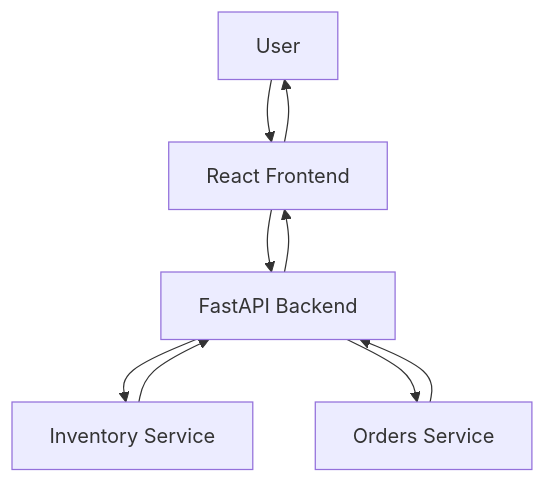
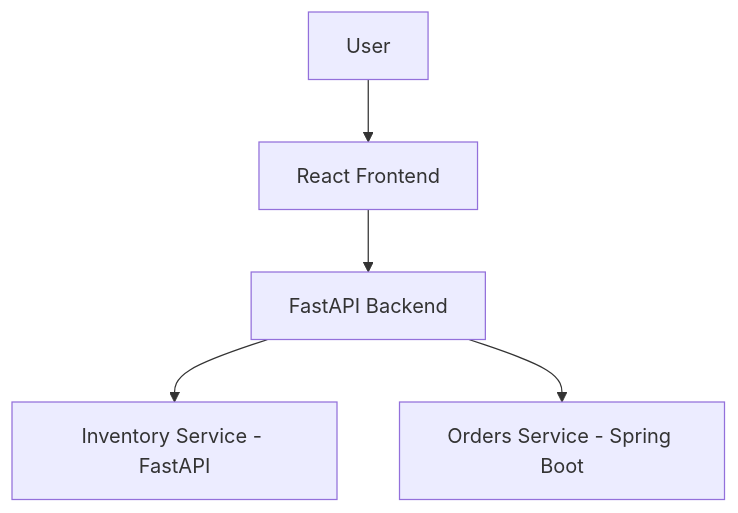
The first of 3 diagrams in README.md (kantamnenimanusha/cloudops-360), drawn with Mermaid before and after one commit. The commit also changed other lines of this file, not shown here.

````diff
--- a/README.md
+++ b/README.md
@@ -291,17 +181,13 @@
 ```mermaid
 flowchart TD
     USER["User"]
-    FRONT["React Frontend"]
-    API["FastAPI Backend"]
-    INV["Inventory Service"]
-    ORD["Orders Service"]
+    FE["React Frontend"]
+    BE["FastAPI Backend"]
+    INV["Inventory Service - FastAPI"]
+    ORD["Orders Service - Spring Boot"]
 
-    USER --> FRONT
-    FRONT --> API
-    API --> INV
-    API --> ORD
-    INV --> API
-    ORD --> API
-    API --> FRONT
-    FRONT --> USER
+    USER --> FE
+    FE --> BE
+    BE --> INV
+    BE --> ORD
 ```
````
